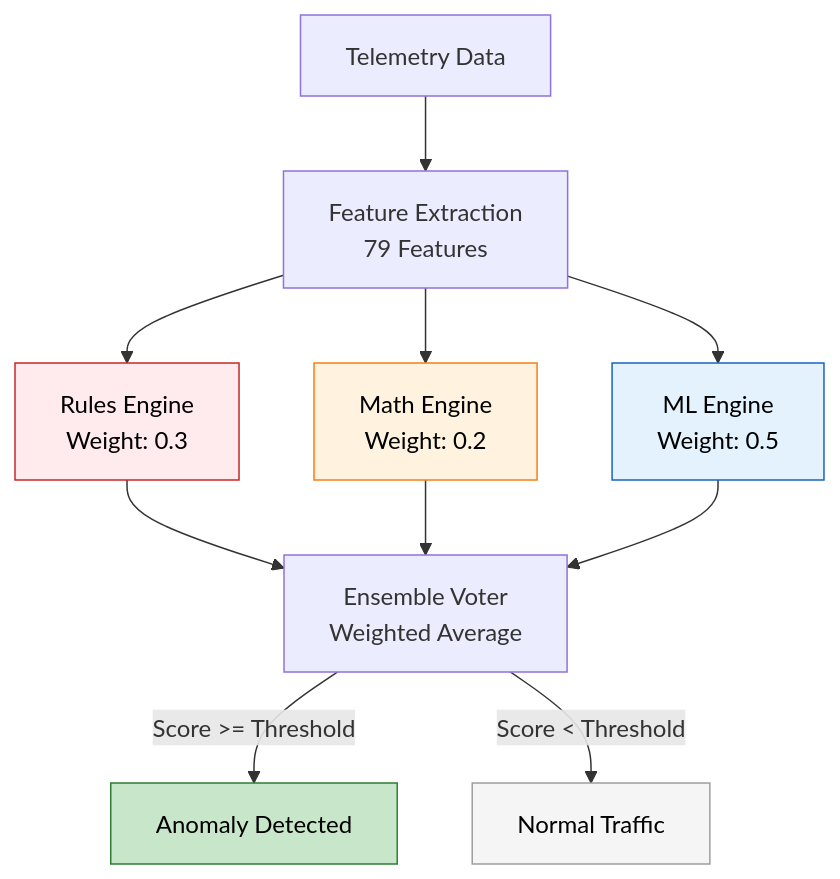
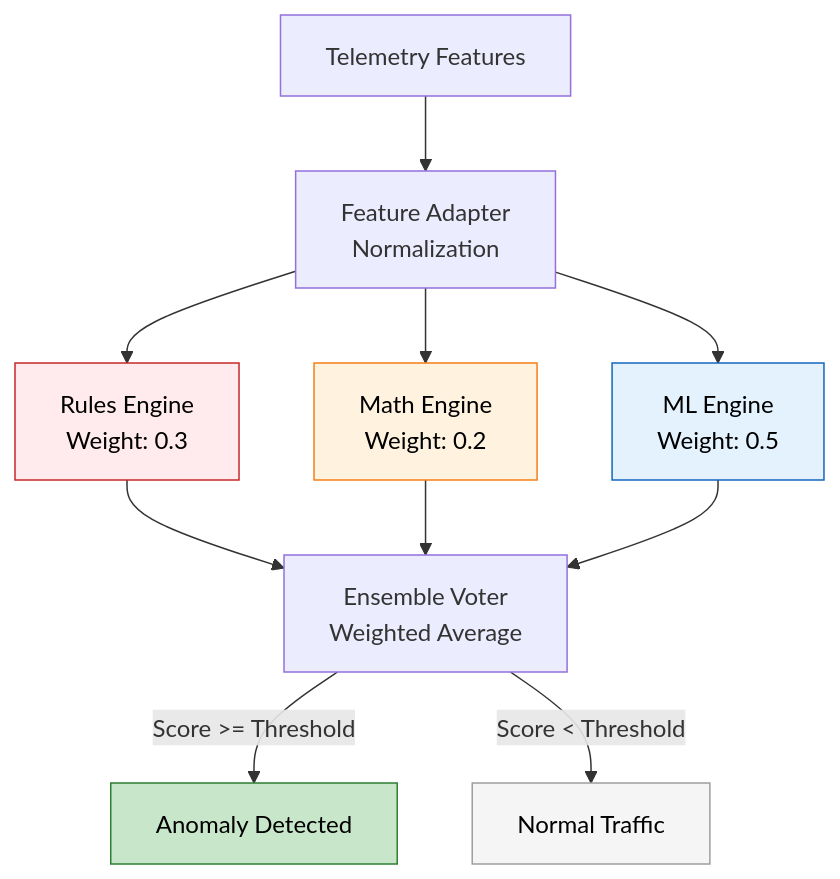
Before and after one commit to EveShark/CyberMesh: the fourth of 7 diagrams in docs/design/HLD.md, drawn with Mermaid. The commit also changed other lines of this file and 49 other files, not shown here.

````diff
--- a/docs/design/HLD.md
+++ b/docs/design/HLD.md
@@ -209,19 +280,19 @@
 ```mermaid
 flowchart TD
-    Input[Telemetry Data] --> Extract[Feature Extraction<br/>79 Features]
+    Input[Telemetry Features] --> Extract[Feature Adapter<br/>Normalization]
     
     Extract --> E1[Rules Engine<br/>Weight: 0.3]
     Extract --> E2[Math Engine<br/>Weight: 0.2]  
     Extract --> E3[ML Engine<br/>Weight: 0.5]
     
     E1 & E2 & E3 --> Vote[Ensemble Voter<br/>Weighted Average]
     
     Vote -->|Score >= Threshold| Detect[Anomaly Detected]
     Vote -->|Score < Threshold| Normal[Normal Traffic]
     
     style E1 fill:#ffebee,stroke:#c62828,color:#000;
     style E2 fill:#fff3e0,stroke:#f57f17,color:#000;
     style E3 fill:#e3f2fd,stroke:#1565c0,color:#000;
     style Detect fill:#c8e6c9,stroke:#2e7d32,color:#000;
     style Normal fill:#f5f5f5,stroke:#9e9e9e,color:#000;
 ```
````
